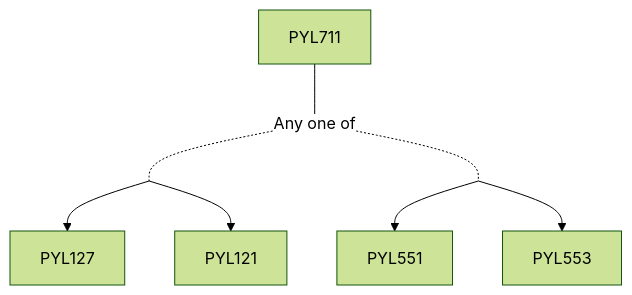
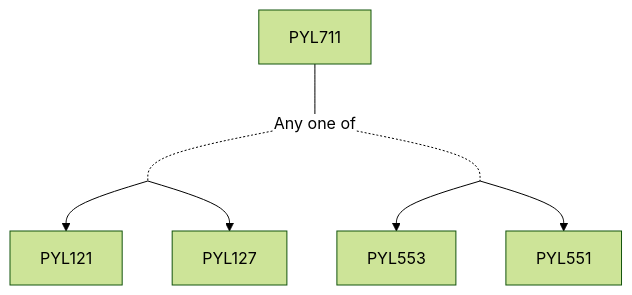
The diagram in content/Physics/PYL711.md (KeshavBansal0122/CoS_Website), drawn with Mermaid (forest theme) before and after one commit. The commit also changed other lines of this file and 392 other files, not shown here.

````diff
--- a/content/Physics/PYL711.md
+++ b/content/Physics/PYL711.md
@@ -27,14 +27,14 @@
 ```mermaid
 flowchart TD
 PYL711-1486[PYL711]
 PYL711-1486 --- Or1487[Any one of]:::empty
 Or1487 -.- and1488[ ]:::trueEmpty
+and1488 --> PYL121-1488[PYL121]
 and1488 --> PYL127-1488[PYL127]
-and1488 --> PYL121-1488[PYL121]
 Or1487 -.- and1489[ ]:::trueEmpty
+and1489 --> PYL553-1489[PYL553]
 and1489 --> PYL551-1489[PYL551]
-and1489 --> PYL553-1489[PYL553]
 
 classDef empty height:17px, fill:transparent, stroke:transparent;
 classDef trueEmpty height:0px, width:0px;
 ```
````
